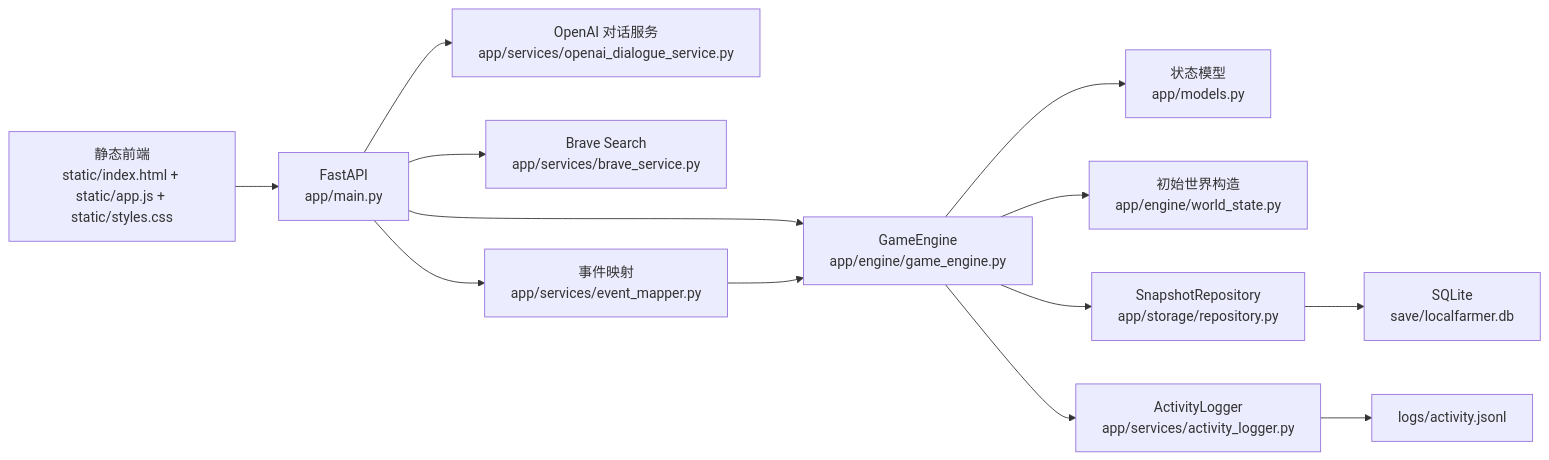
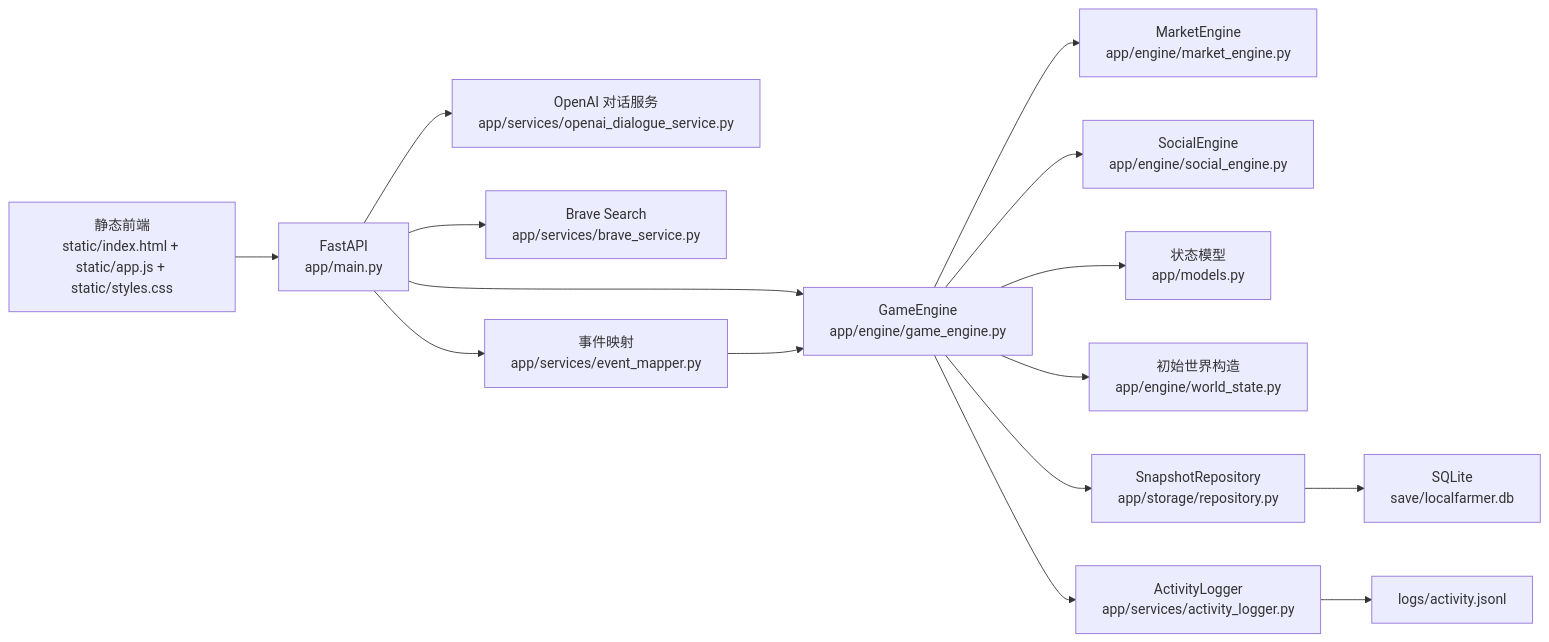
The diagram in docs/architecture_report.md (whuyao/PixelLab), drawn with Mermaid before and after one commit. The commit also changed other lines of this file and 11 other files, not shown here.

````diff
--- a/docs/architecture_report.md
+++ b/docs/architecture_report.md
@@ -18,15 +18,17 @@
 ```mermaid
 flowchart LR
     UI["静态前端\nstatic/index.html + static/app.js + static/styles.css"] --> API["FastAPI\napp/main.py"]
     API --> Engine["GameEngine\napp/engine/game_engine.py"]
+    Engine --> Market["MarketEngine\napp/engine/market_engine.py"]
+    Engine --> Social["SocialEngine\napp/engine/social_engine.py"]
     Engine --> Models["状态模型\napp/models.py"]
     Engine --> Init["初始世界构造\napp/engine/world_state.py"]
     Engine --> Repo["SnapshotRepository\napp/storage/repository.py"]
     Repo --> SQLite["SQLite\nsave/localfarmer.db"]
     Engine --> Logger["ActivityLogger\napp/services/activity_logger.py"]
     Logger --> JSONL["logs/activity.jsonl"]
     API --> OpenAI["OpenAI 对话服务\napp/services/openai_dialogue_service.py"]
     API --> Brave["Brave Search\napp/services/brave_service.py"]
     API --> Mapper["事件映射\napp/services/event_mapper.py"]
     Mapper --> Engine
 ```
````
